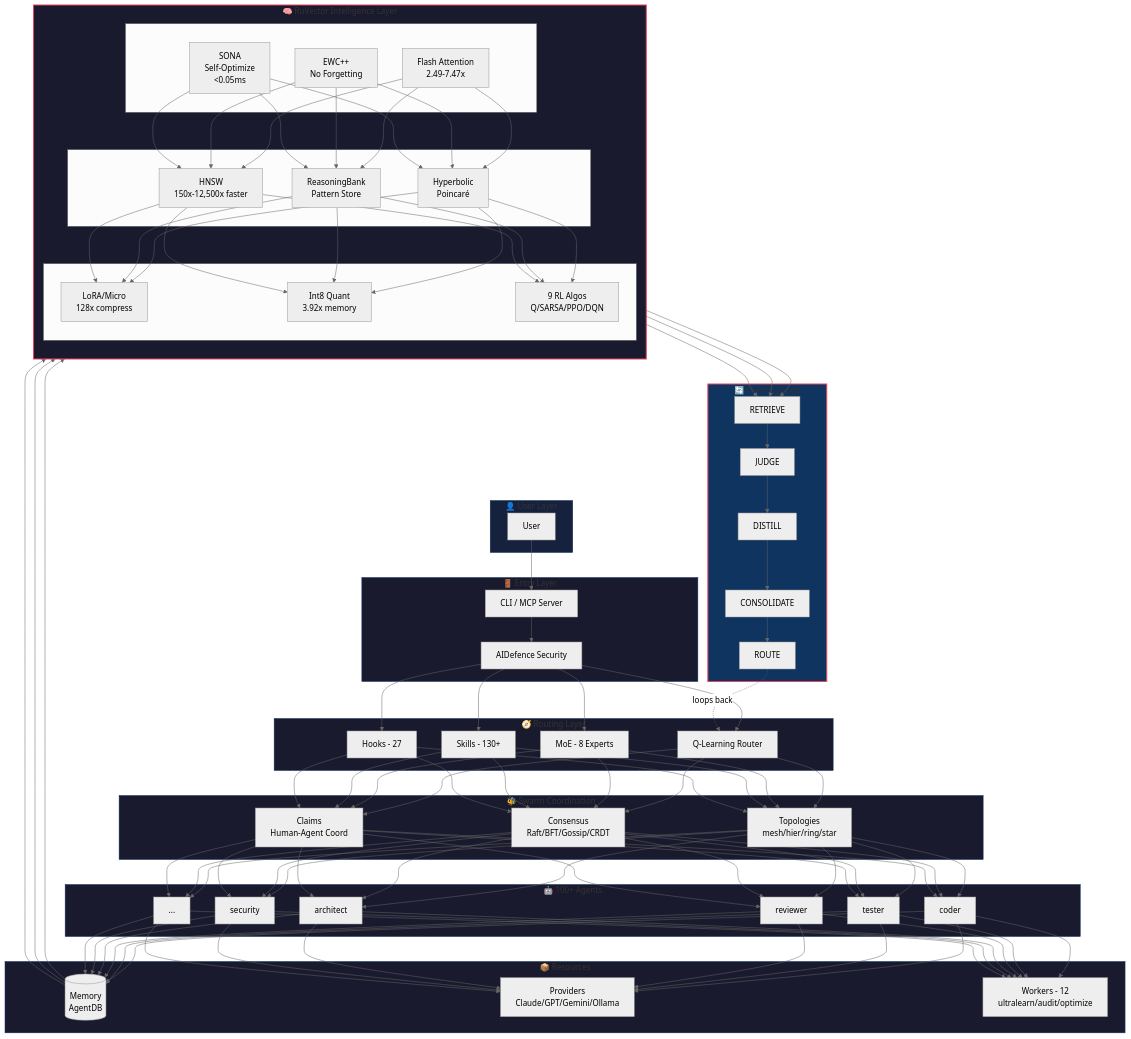
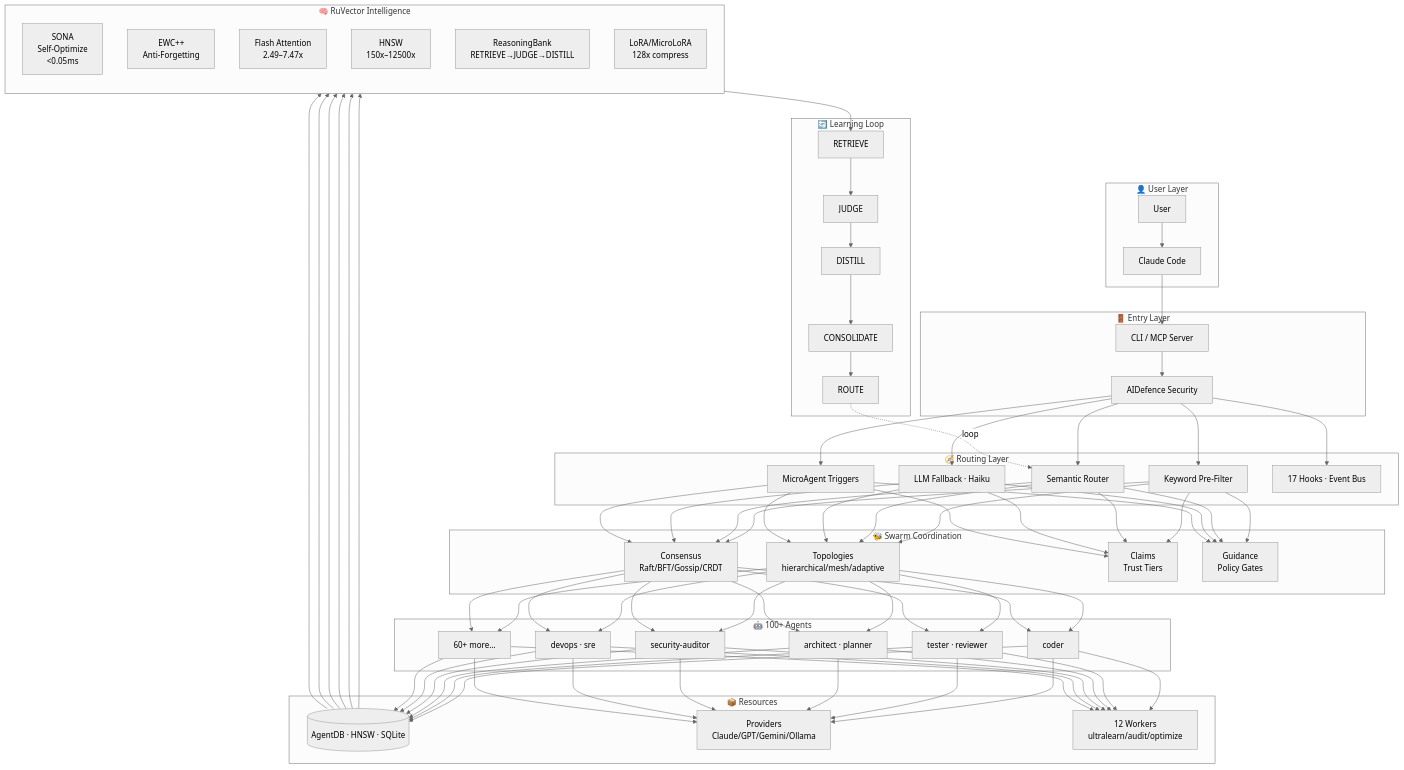
One commit to monoes/monomind changed the diagram in packages/@monobrain/cli/README.md. Above: the diagram before and after it, drawn with Mermaid (neutral theme). The commit also changed other lines of this file and 74 other files, not shown here.

First line of the commit message:
fix: rename @monobrain/graph to @monoes/graph for npm publishing

````diff
--- a/packages/@monobrain/cli/README.md
+++ b/packages/@monobrain/cli/README.md
@@ -47,6 +34,7 @@
 flowchart TB
     subgraph USER["👤 User Layer"]
         U[User]
+        CC[Claude Code]
     end
 
     subgraph ENTRY["🚪 Entry Layer"]
@@ -55,74 +43,55 @@
     end
 
     subgraph ROUTING["🧭 Routing Layer"]
-        QL[Q-Learning Router]
-        MOE[MoE - 8 Experts]
-        SK[Skills - 130+]
-        HK[Hooks - 27]
+        KW[Keyword Pre-Filter]
+        SEM[Semantic Router]
+        LLM_FB[LLM Fallback · Haiku]
+        TRIG[MicroAgent Triggers]
+        HK[17 Hooks · Event Bus]
     end
 
     subgraph SWARM["🐝 Swarm Coordination"]
-        TOPO[Topologies<br/>mesh/hier/ring/star]
+        TOPO[Topologies<br/>hierarchical/mesh/adaptive]
         CONS[Consensus<br/>Raft/BFT/Gossip/CRDT]
-        CLM[Claims<br/>Human-Agent Coord]
+        CLM[Claims<br/>Trust Tiers]
+        GOV[Guidance<br/>Policy Gates]
     end
 
     subgraph AGENTS["🤖 100+ Agents"]
         AG1[coder]
-        AG2[tester]
-        AG3[reviewer]
-        AG4[architect]
-        AG5[security]
-        AG6[...]
+        AG2[tester · reviewer]
+        AG3[architect · planner]
+        AG4[security-auditor]
+        AG5[devops · sre]
+        AG6[60+ more...]
     end
 
     subgraph RESOURCES["📦 Resources"]
-        MEM[(Memory<br/>AgentDB)]
+        MEM[(AgentDB · HNSW · SQLite)]
         PROV[Providers<br/>Claude/GPT/Gemini/Ollama]
-        WORK[Workers - 12<br/>ultralearn/audit/optimize]
+        WORK[12 Workers<br/>ultralearn/audit/optimize]
     end
 
-    subgraph RUVECTOR["🧠 RuVector Intelligence Layer"]
+    subgraph RUVECTOR["🧠 RuVector Intelligence"]
         direction TB
-        subgraph ROW1[" "]
-            SONA[SONA<br/>Self-Optimize<br/>&lt;0.05ms]
-            EWC[EWC++<br/>No Forgetting]
-            FLASH[Flash Attention<br/>2.49-7.47x]
-        end
-        subgraph ROW2[" "]
-            HNSW[HNSW<br/>150x-12,500x faster]
-            RB[ReasoningBank<br/>Pattern Store]
-            HYP[Hyperbolic<br/>Poincaré]
-        end
-        subgraph ROW3[" "]
-            LORA[LoRA/Micro<br/>128x compress]
-            QUANT[Int8 Quant<br/>3.92x memory]
-            RL[9 RL Algos<br/>Q/SARSA/PPO/DQN]
-        end
+        SONA[SONA<br/>Self-Optimize<br/>&lt;0.05ms]
+        EWC[EWC++<br/>Anti-Forgetting]
+        FLASH[Flash Attention<br/>2.49–7.47x]
+        HNSW_I[HNSW<br/>150x–12500x]
+        RB[ReasoningBank<br/>RETRIEVE→JUDGE→DISTILL]
+        LORA[LoRA/MicroLoRA<br/>128x compress]
     end
 
     subgraph LEARNING["🔄 Learning Loop"]
         L1[RETRIEVE] --> L2[JUDGE] --> L3[DISTILL] --> L4[CONSOLIDATE] --> L5[ROUTE]
     end
 
-    U --> CLI
-    CLI --> AID
-    AID --> QL & MOE & SK & HK
-    QL & MOE & SK & HK --> TOPO & CONS & CLM
-    TOPO & CONS & CLM --> AG1 & AG2 & AG3 & AG4 & AG5 & AG6
+    U --> CC --> CLI --> AID
+    AID --> KW & SEM & LLM_FB & TRIG & HK
+    KW & SEM & LLM_FB & TRIG --> TOPO & CONS & CLM & GOV
+    TOPO & CONS --> AG1 & AG2 & AG3 & AG4 & AG5 & AG6
     AG1 & AG2 & AG3 & AG4 & AG5 & AG6 --> MEM & PROV & WORK
-    MEM --> SONA & EWC & FLASH
-    SONA & EWC & FLASH --> HNSW & RB & HYP
-    HNSW & RB & HYP --> LORA & QUANT & RL
-    LORA & QUANT & RL --> L1
-    L5 -.->|loops back| QL
-
-    style RUVECTOR fill:#1a1a2e,stroke:#e94560,stroke-width:2px
-    style LEARNING fill:#0f3460,stroke:#e94560,stroke-width:2px
-    style USER fill:#16213e,stroke:#0f3460
-    style ENTRY fill:#1a1a2e,stroke:#0f3460
-    style ROUTING fill:#1a1a2e,stroke:#0f3460
-    style SWARM fill:#1a1a2e,stroke:#0f3460
-    style AGENTS fill:#1a1a2e,stroke:#0f3460
-    style RESOURCES fill:#1a1a2e,stroke:#0f3460
+    MEM --> SONA & EWC & FLASH & HNSW_I & RB & LORA
+    LORA --> L1
+    L5 -.->|loop| SEM
 ```
````
